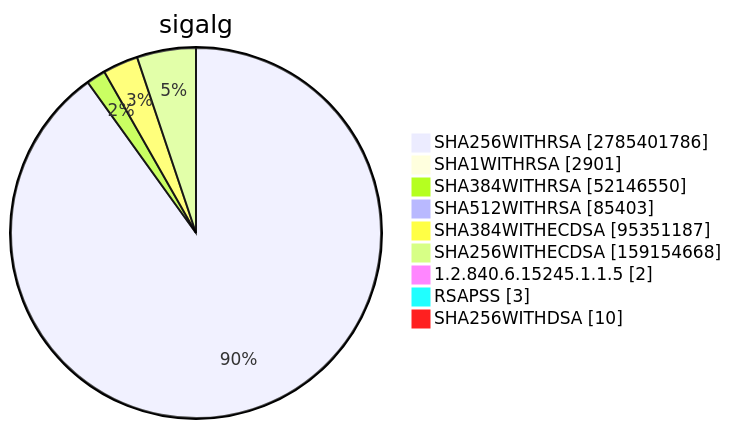
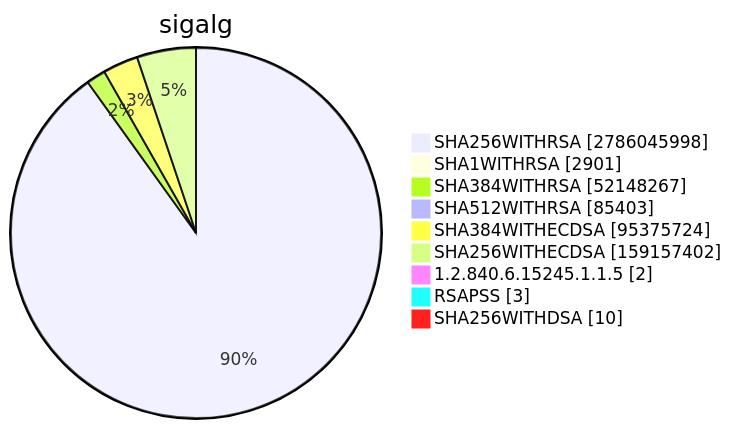
One commit to christiankrug/ctmonitor_visualization changed diagram 15 of 15 in TOTAL/README.md. Above: the diagram before and after it, drawn with Mermaid. The commit also changed other lines of this file, not shown here.

````diff
--- a/TOTAL/README.md
+++ b/TOTAL/README.md
@@ -6205,13 +6205,13 @@
 ```mermaid
 pie showData
 title sigalg
-"SHA256WITHRSA" :2785401786
+"SHA256WITHRSA" :2786045998
 "SHA1WITHRSA" :2901
-"SHA384WITHRSA" :52146550
+"SHA384WITHRSA" :52148267
 "SHA512WITHRSA" :85403
-"SHA384WITHECDSA" :95351187
-"SHA256WITHECDSA" :159154668
+"SHA384WITHECDSA" :95375724
+"SHA256WITHECDSA" :159157402
 "1.2.840.6.15245.1.1.5" :2
 "RSAPSS" :3
 "SHA256WITHDSA" :10
 ```
````
